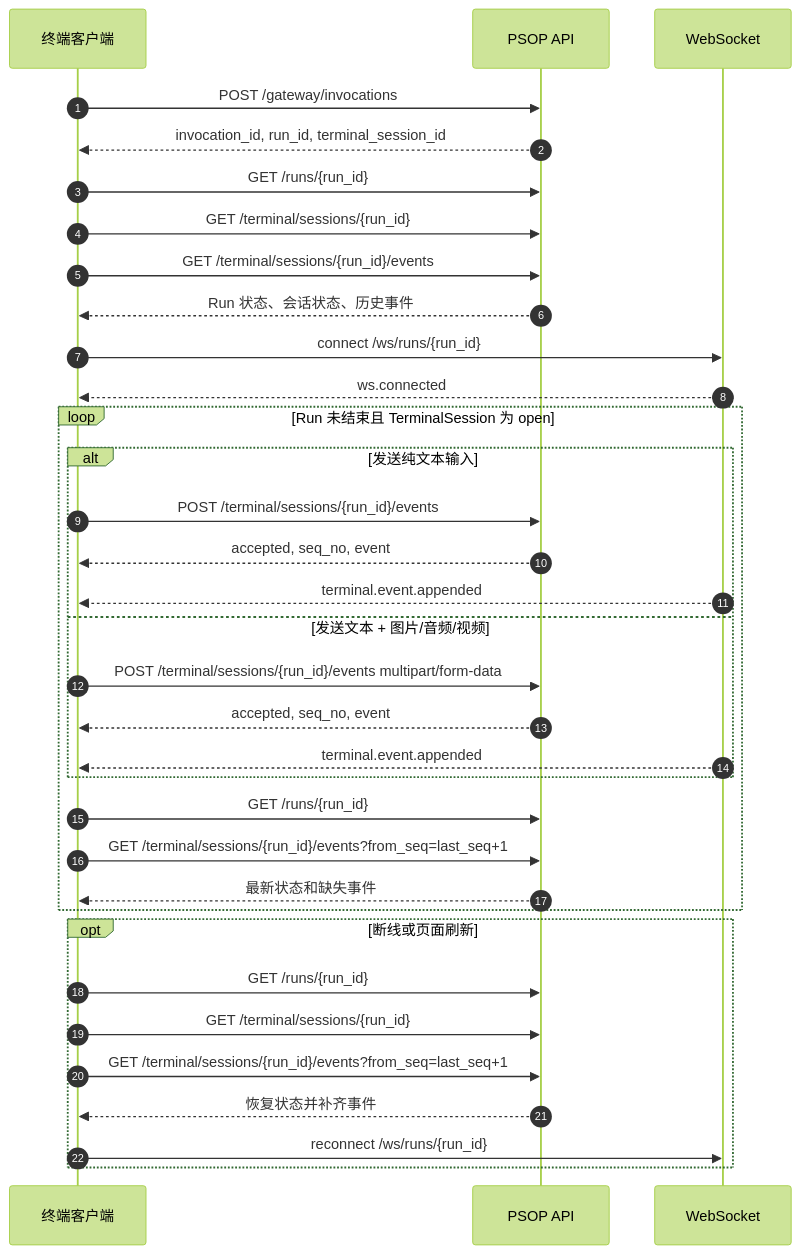
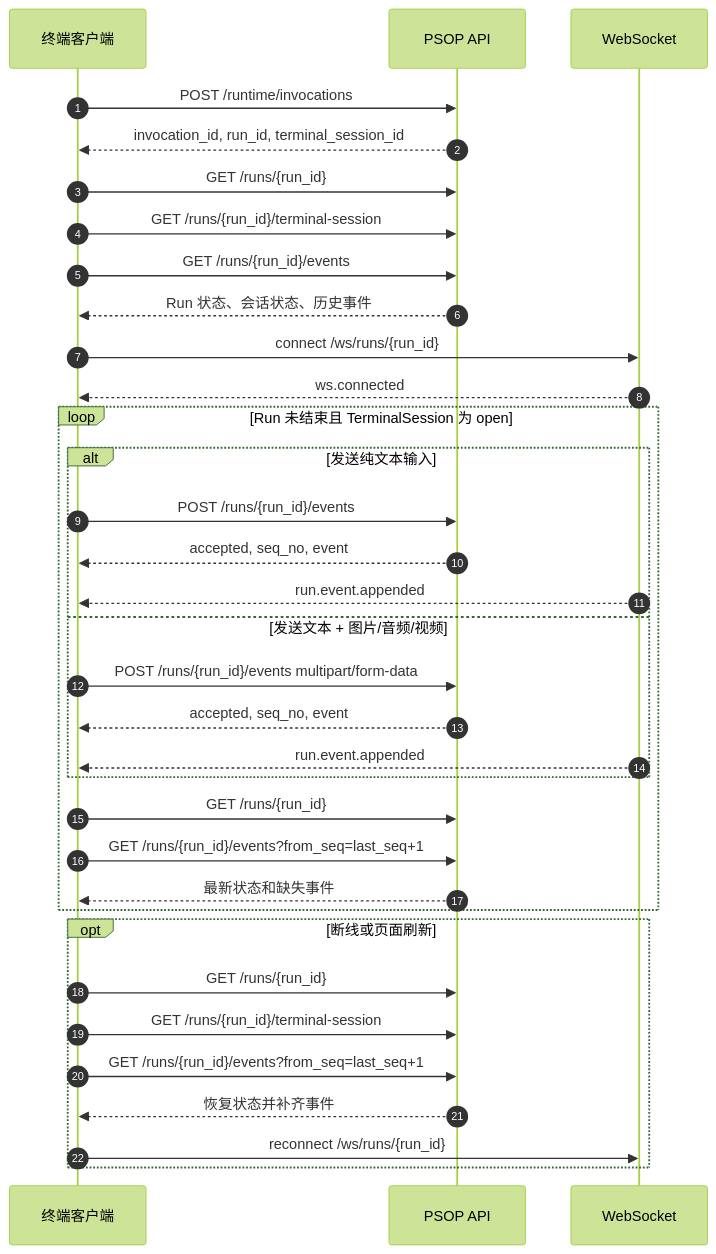
Before and after one commit to servforce/psop: the diagram in docs/PSOP终端接入说明v1.md, drawn with Mermaid (forest theme). The commit also changed other lines of this file and 11 other files, not shown here.

````diff
--- a/docs/PSOP终端接入说明v1.md
+++ b/docs/PSOP终端接入说明v1.md
@@ -105,41 +105,41 @@
 ```mermaid
 sequenceDiagram
     autonumber
     participant T as 终端客户端
     participant API as PSOP API
     participant WS as WebSocket
 
-    T->>API: POST /gateway/invocations
+    T->>API: POST /runtime/invocations
     API-->>T: invocation_id, run_id, terminal_session_id
 
     T->>API: GET /runs/{run_id}
-    T->>API: GET /terminal/sessions/{run_id}
-    T->>API: GET /terminal/sessions/{run_id}/events
+    T->>API: GET /runs/{run_id}/terminal-session
+    T->>API: GET /runs/{run_id}/events
     API-->>T: Run 状态、会话状态、历史事件
 
     T->>WS: connect /ws/runs/{run_id}
     WS-->>T: ws.connected
 
     loop Run 未结束且 TerminalSession 为 open
         alt 发送纯文本输入
-            T->>API: POST /terminal/sessions/{run_id}/events
+            T->>API: POST /runs/{run_id}/events
             API-->>T: accepted, seq_no, event
-            WS-->>T: terminal.event.appended
+            WS-->>T: run.event.appended
         else 发送文本 + 图片/音频/视频
-            T->>API: POST /terminal/sessions/{run_id}/events multipart/form-data
+            T->>API: POST /runs/{run_id}/events multipart/form-data
             API-->>T: accepted, seq_no, event
-            WS-->>T: terminal.event.appended
+            WS-->>T: run.event.appended
         end
         T->>API: GET /runs/{run_id}
-        T->>API: GET /terminal/sessions/{run_id}/events?from_seq=last_seq+1
+        T->>API: GET /runs/{run_id}/events?from_seq=last_seq+1
         API-->>T: 最新状态和缺失事件
     end
 
     opt 断线或页面刷新
         T->>API: GET /runs/{run_id}
-        T->>API: GET /terminal/sessions/{run_id}
-        T->>API: GET /terminal/sessions/{run_id}/events?from_seq=last_seq+1
+        T->>API: GET /runs/{run_id}/terminal-session
+        T->>API: GET /runs/{run_id}/events?from_seq=last_seq+1
         API-->>T: 恢复状态并补齐事件
         T->>WS: reconnect /ws/runs/{run_id}
     end
 ```
````
